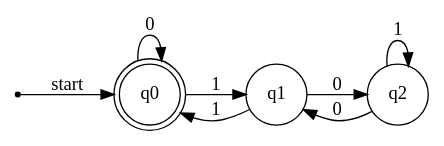
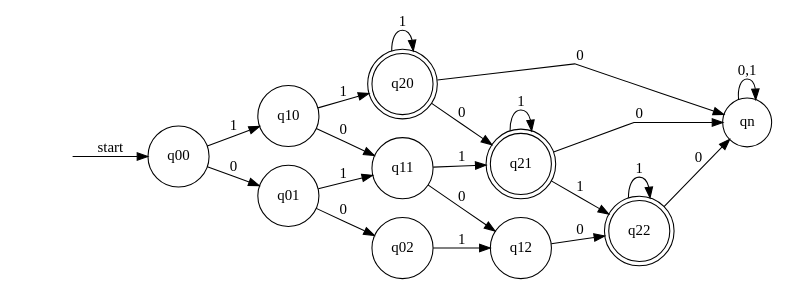
One commit to x06lan/mdbook changed the fourth of 9 diagrams in src/math/formal-language/hw1.md. Above: the diagram before and after it, drawn with Graphviz. The commit also changed other lines of this file and 6 other files, not shown here.

````diff
--- a/src/math/formal-language/hw1.md
+++ b/src/math/formal-language/hw1.md
@@ -68,19 +72,45 @@
 ```graphviz
 digraph finite_state_machine {
     rankdir=LR;
+    splines=false;
     size="8,5"
 
-    node [shape = doublecircle]; q0;
-    node [shape = point ]; s
 
+    node [shape = doublecircle]; q20,q21,q22;
+    node [shape=plaintext] s;
+    s [label=""];
     node [shape = circle];
-    s  -> q0 [ label = "start" ];
-    q0 -> q0 [ label = "0" ];
-    q0 -> q1 [ label = "1" ];
-    q1 -> q2 [ label = "0" ];
-    q2 -> q1 [ label = "0" ];
-    q2 -> q2 [ label = "1" ];
-    q1 -> q0 [ label = "1" ];
-    
+    s  -> q00 [ label = "start" ];
+    q00 -> q10 [ label = "1" ];//1 0
+    q10 -> q20 [ label = "1" ];//2 0
+    q20 -> q20 [ label = "1" ];
+
+    q00 -> q01 [ label = "0" ];//0 1
+    q01 -> q02 [ label = "0" ];//0 2
+
+
+    q10 -> q11 [ label = "0" ];//1 1
+    q01 -> q11 [ label = "1" ];
+
+    q20 -> q21 [ label = "0" ];//2 1
+    q11 -> q21 [ label = "1" ];
+    q21 -> q21 [ label = "1" ];
+
+
+    q02 -> q12 [ label = "1" ];//1 2
+    q11 -> q12 [ label = "0" ];
+
+    q21 -> q22 [ label = "1" ];//2 2
+    q12 -> q22 [ label = "0" ];
+    q22 -> q22 [ label = "1" ];
+
+    q20 -> qn [ label = "0" ];
+    q21 -> qn [ label = "0" ];
+    q22 -> qn [ label = "0" ];
+
+    qn -> qn [ label = "0,1" ];
+
+
+
 }
 ```
````
